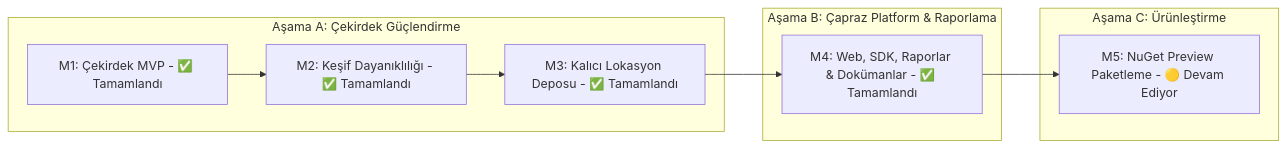
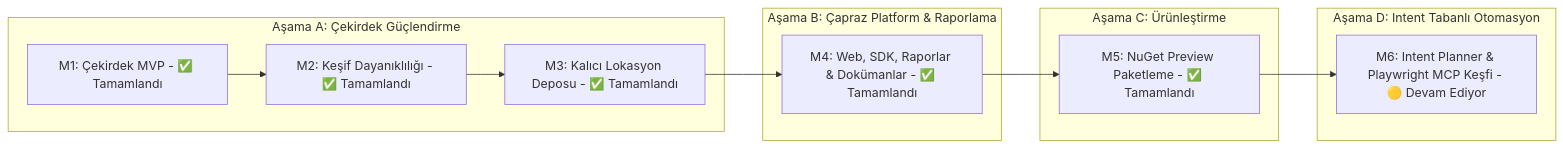
One commit to mustafasercansak/automation-sandbox changed the sixth of 6 diagrams in PROJECT_SHOWCASE.md. Above: the diagram before and after it, drawn with Mermaid. The commit also changed other lines of this file and 47 other files, not shown here.

````diff
--- a/PROJECT_SHOWCASE.md
+++ b/PROJECT_SHOWCASE.md
@@ -384,16 +387,19 @@
 ```mermaid
 graph LR
     subgraph PhaseA [Aşama A: Çekirdek Güçlendirme]
         M1[M1: Çekirdek MVP - ✅ Tamamlandı]
         M2[M2: Keşif Dayanıklılığı - ✅ Tamamlandı]
         M3[M3: Kalıcı Lokasyon Deposu - ✅ Tamamlandı]
         M1 --> M2 --> M3
     end
     subgraph PhaseB [Aşama B: Çapraz Platform & Raporlama]
         M4[M4: Web, SDK, Raporlar & Dokümanlar - ✅ Tamamlandı]
     end
     subgraph PhaseC [Aşama C: Ürünleştirme]
-        M5[M5: NuGet Preview Paketleme - 🟡 Devam Ediyor]
+        M5[M5: NuGet Preview Paketleme - ✅ Tamamlandı]
     end
-    M3 --> M4 --> M5
+    subgraph PhaseD [Aşama D: Intent Tabanlı Otomasyon]
+        M6[M6: Intent Planner & Playwright MCP Keşfi - 🟡 Devam Ediyor]
+    end
+    M3 --> M4 --> M5 --> M6
 ```
````
